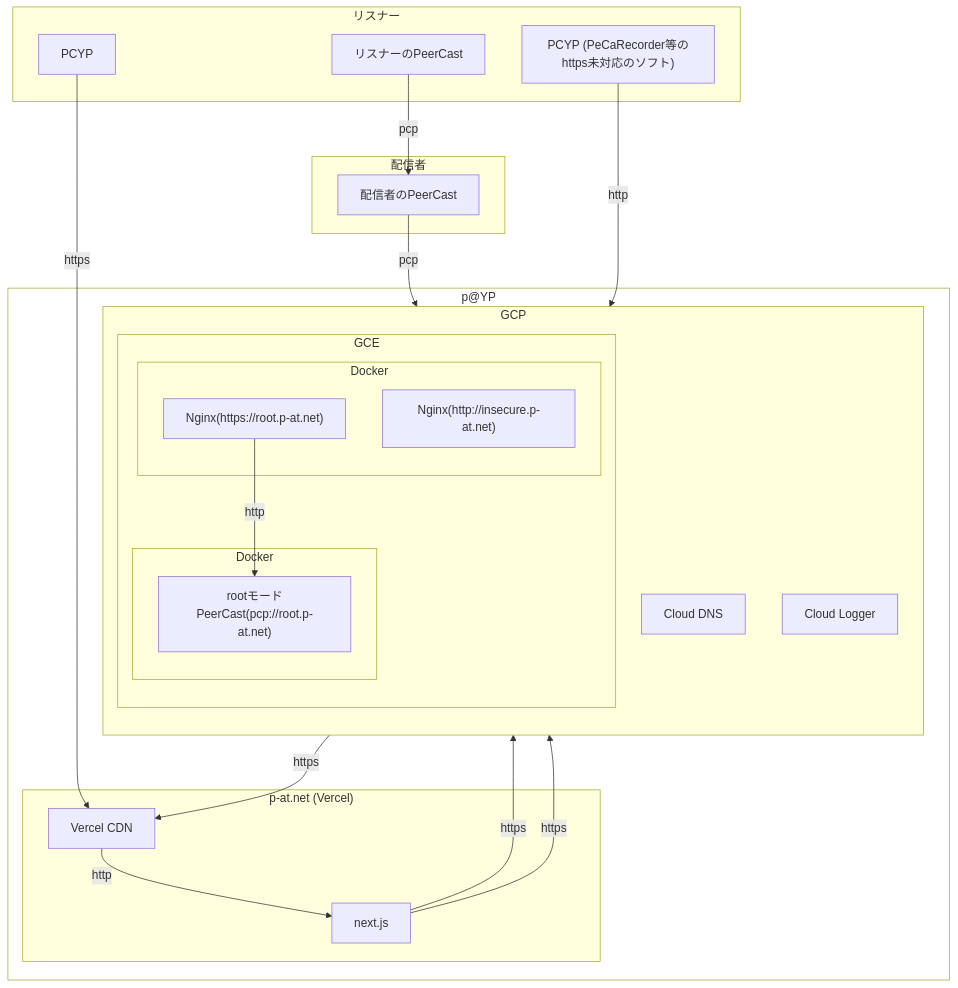
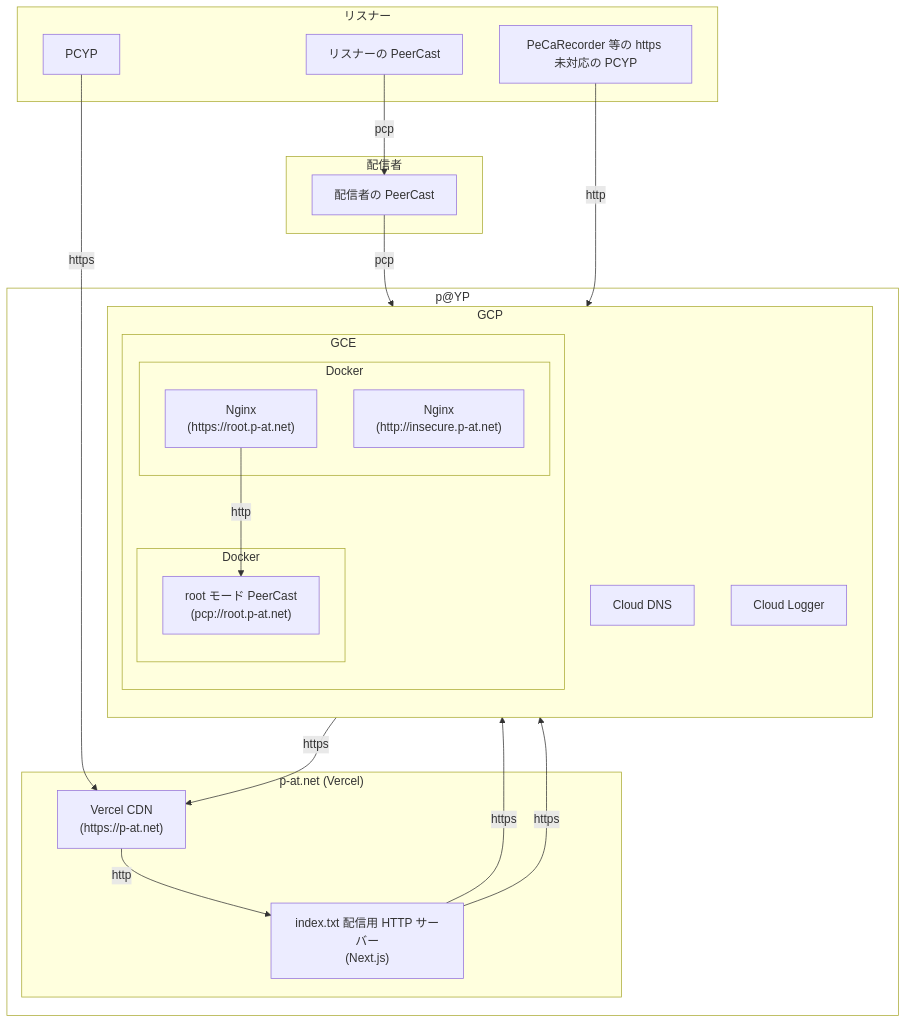
Before and after one commit to progre/pp: the diagram in README.mmd, drawn with Mermaid.

Commit message:
doc: update mmd

```diff
--- a/README.mmd
+++ b/README.mmd
@@ -1,43 +1,43 @@
 flowchart TD;
   subgraph "リスナー"
     listener
     browser
     pecareco
   end
 
   subgraph "配信者"
     broadcaster
   end
 
   style pat fill:#0000
   subgraph pat["p@YP"]
     subgraph "p-at.net (Vercel)"
-      isr["Vercel CDN"]
-      www["next.js"]
+      isr["Vercel CDN\n(https://p-at.net)"]
+      www["index.txt 配信用 HTTP サーバー\n(Next.js)"]
     end
 
     subgraph GCP
       direction TB
       subgraph GCE
         subgraph docker1["Docker"]
-          nginxroot["Nginx(https://root.p-at.net)"]
-          nginxinsecure["Nginx(http://insecure.p-at.net)"]
+          nginxroot["Nginx\n(https://root.p-at.net)"]
+          nginxinsecure["Nginx\n(http://insecure.p-at.net)"]
         end
         subgraph docker2["Docker"]
-          root["rootモードPeerCast(pcp://root.p-at.net)"];
+          root["root モード PeerCast\n(pcp://root.p-at.net)"];
         end
       end
       dns["Cloud DNS"]
       logger["Cloud Logger"]
     end
   end
 
-  listener["リスナーのPeerCast"]--pcp-->broadcaster
-  broadcaster["配信者のPeerCast"]--pcp-->root
+  listener["リスナーの PeerCast"]--pcp-->broadcaster
+  broadcaster["配信者の PeerCast"]--pcp-->root
   browser["PCYP"]--https-->isr
-  pecareco["PCYP (PeCaRecorder等のhttps未対応のソフト)"]--http-->nginxinsecure
+  pecareco["PeCaRecorder 等の https 未対応の PCYP"]--http-->nginxinsecure
   nginxinsecure--https-->isr
   isr--http-->www;
   www--https-->logger
   www--https-->nginxroot;
   nginxroot--http-->root;
```
